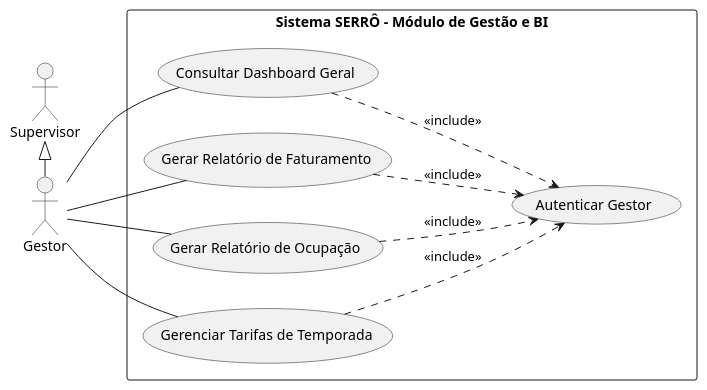
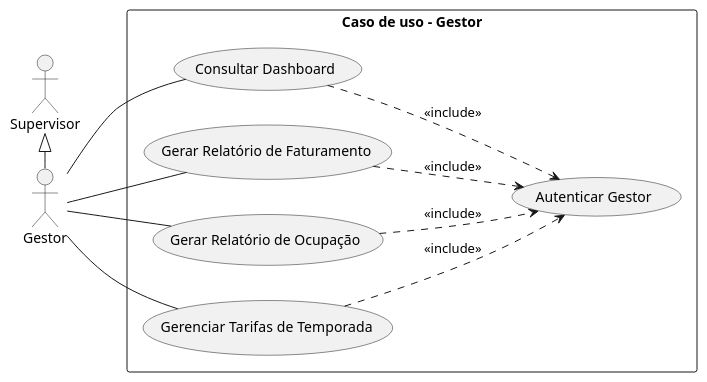
Before and after one commit to gusjjpv/serro-hotelaria: the diagram in diagramas/UC2_gestao.iuml, drawn with PlantUML.

Commit message:
nome corrigido

```diff
--- a/diagramas/UC2_gestao.iuml
+++ b/diagramas/UC2_gestao.iuml
@@ -1,29 +1,29 @@
 @startuml
 left to right direction
 
 actor "Gestor" as g
 actor "Supervisor" as supervisor
 
-rectangle "Sistema SERRÔ - Módulo de Gestão e BI" {
+rectangle "Caso de uso - Gestor" {
     usecase "Autenticar Gestor" as auth
     
-        usecase "Consultar Dashboard Geral" as uc17
+        usecase "Consultar Dashboard" as uc17
         usecase "Gerar Relatório de Faturamento" as uc18
         usecase "Gerar Relatório de Ocupação" as uc19
         usecase "Gerenciar Tarifas de Temporada" as uc20
 
 
     g -- uc17
     g -- uc18
     g -- uc19
     g -- uc20
 
     uc17 ..> auth : <<include>>
     uc18 ..> auth : <<include>>
     uc19 ..> auth : <<include>>
     uc20 ..> auth : <<include>>
 
     supervisor <|-right- g
 }
 
 @enduml
```
